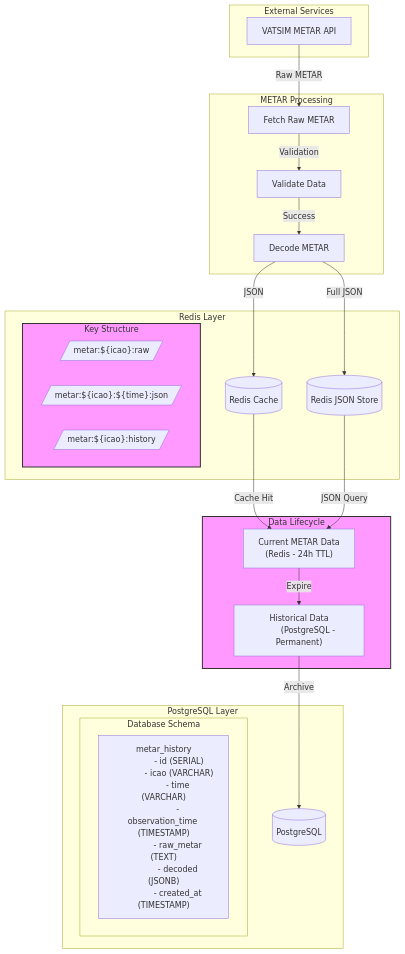
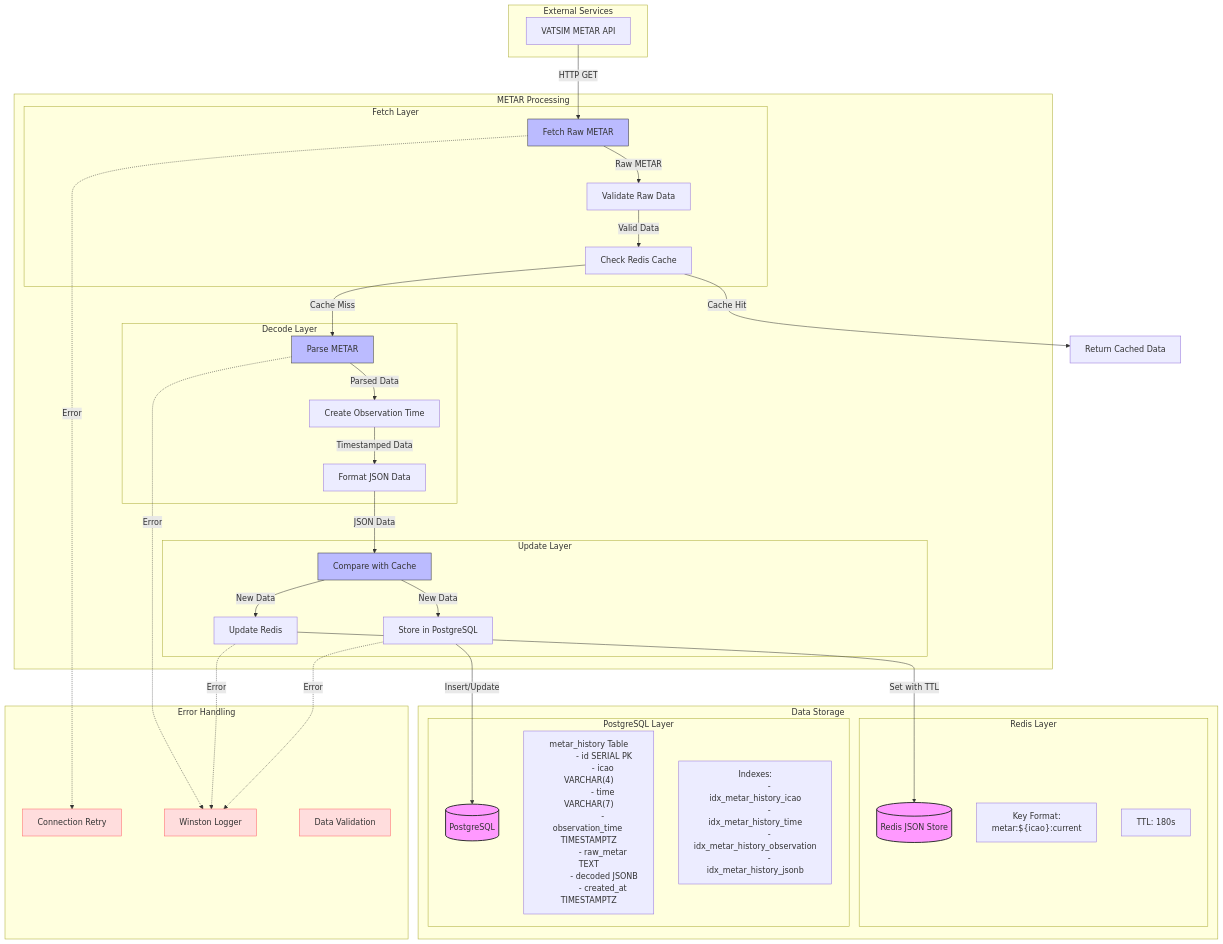
One commit to dirtyformal/AeroWxTools changed the diagram in README.md. Above: the diagram before and after it, drawn with Mermaid. The commit also changed other lines of this file, not shown here.

Commit message:
Refactor README to enhance METAR processing flow; update data flow diagram and clarify system components

````diff
--- a/README.md
+++ b/README.md
@@ -38,54 +9,86 @@
     end
 
     subgraph Processing["METAR Processing"]
-        Fetch[Fetch Raw METAR]
-        Decode[Decode METAR]
-        Validate[Validate Data]
-    end
+        subgraph Fetch["Fetch Layer"]
+            FetchRaw[Fetch Raw METAR]
+            ValidateRaw[Validate Raw Data]
+            CheckCache[Check Redis Cache]
+        end
 
-    subgraph Redis["Redis Layer"]
-        RC[(Redis Cache)]
-        RJ[(Redis JSON Store)]
-        subgraph Redis_Keys["Key Structure"]
-            CK[/"metar:${icao}:raw"/]
-            JK[/"metar:${icao}:${time}:json"/]
-            HK[/"metar:${icao}:history"/]
+        subgraph Decode["Decode Layer"]
+            ParseMetar[Parse METAR]
+            CreateTime[Create Observation Time]
+            FormatData[Format JSON Data]
+        end
+
+        subgraph Update["Update Layer"]
+            CompareData[Compare with Cache]
+            UpdateCache[Update Redis]
+            StoreHistory[Store in PostgreSQL]
         end
     end
 
-    subgraph Postgres["PostgreSQL Layer"]
-        PG[(PostgreSQL)]
-        subgraph Tables["Database Schema"]
-            MT["metar_history
-            - id (SERIAL)
-            - icao (VARCHAR)
-            - time (VARCHAR)
-            - observation_time (TIMESTAMP)
-            - raw_metar (TEXT)
-            - decoded (JSONB)
-            - created_at (TIMESTAMP)"]
+    subgraph Storage["Data Storage"]
+        subgraph Redis["Redis Layer"]
+            RC[(Redis JSON Store)]
+            Keys["Key Format:
+            metar:${icao}:current"]
+            TTL["TTL: 180s"]
+        end
+
+        subgraph Postgres["PostgreSQL Layer"]
+            PG[(PostgreSQL)]
+            Tables["metar_history Table
+            - id SERIAL PK
+            - icao VARCHAR(4)
+            - time VARCHAR(7)
+            - observation_time TIMESTAMPTZ
+            - raw_metar TEXT
+            - decoded JSONB
+            - created_at TIMESTAMPTZ"]
+            Indexes["Indexes:
+            - idx_metar_history_icao
+            - idx_metar_history_time
+            - idx_metar_history_observation
+            - idx_metar_history_jsonb"]
         end
     end
 
-    subgraph DataLifecycle["Data Lifecycle"]
-        Current["Current METAR Data
-        (Redis - 24h TTL)"]
-        Historical["Historical Data
-        (PostgreSQL - Permanent)"]
+    subgraph ErrorHandling["Error Handling"]
+        Retry[Connection Retry]
+        Logging[Winston Logger]
+        Validation[Data Validation]
     end
 
-    %% Flow Connections
-    VATSIM -->|Raw METAR| Fetch
-    Fetch -->|Validation| Validate
-    Validate -->|Success| Decode
-    Decode -->|JSON| RC
-    Decode -->|Full JSON| RJ
-    RC -->|Cache Hit| Current
-    RJ -->|JSON Query| Current
-    Current -->|Expire| Historical
-    Historical -->|Archive| PG
+    %% Main Flow
+    VATSIM -->|HTTP GET| FetchRaw
+    FetchRaw -->|Raw METAR| ValidateRaw
+    ValidateRaw -->|Valid Data| CheckCache
+    CheckCache -->|Cache Miss| ParseMetar
+    ParseMetar -->|Parsed Data| CreateTime
+    CreateTime -->|Timestamped Data| FormatData
+    FormatData -->|JSON Data| CompareData
+    CompareData -->|New Data| UpdateCache
+    CompareData -->|New Data| StoreHistory
 
-    %% Special Notes
-    classDef note fill:#f9f,stroke:#333,stroke-width:2px;
-    class DataLifecycle,Redis_Keys note;
+    %% Cache Flow
+    CheckCache -->|Cache Hit| Return[Return Cached Data]
+    UpdateCache -->|Set with TTL| RC
+
+    %% Database Flow
+    StoreHistory -->|Insert/Update| PG
+
+    %% Error Flows
+    FetchRaw -.->|Error| Retry
+    ParseMetar -.->|Error| Logging
+    UpdateCache -.->|Error| Logging
+    StoreHistory -.->|Error| Logging
+
+    %% Styling
+    classDef storage fill:#f9f,stroke:#333,stroke-width:2px;
+    class RC,PG storage;
+    classDef process fill:#bbf,stroke:#333;
+    class FetchRaw,ParseMetar,CompareData process;
+    classDef error fill:#fdd,stroke:#f66;
+    class Retry,Logging,Validation error;
 ```
````
